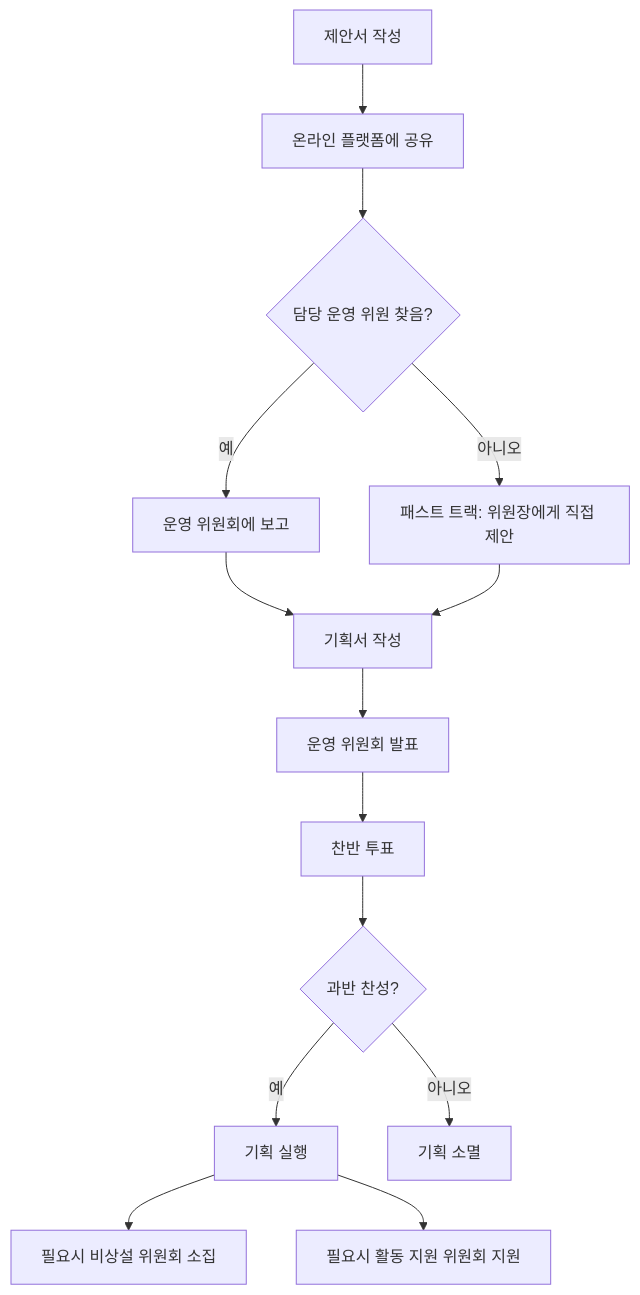
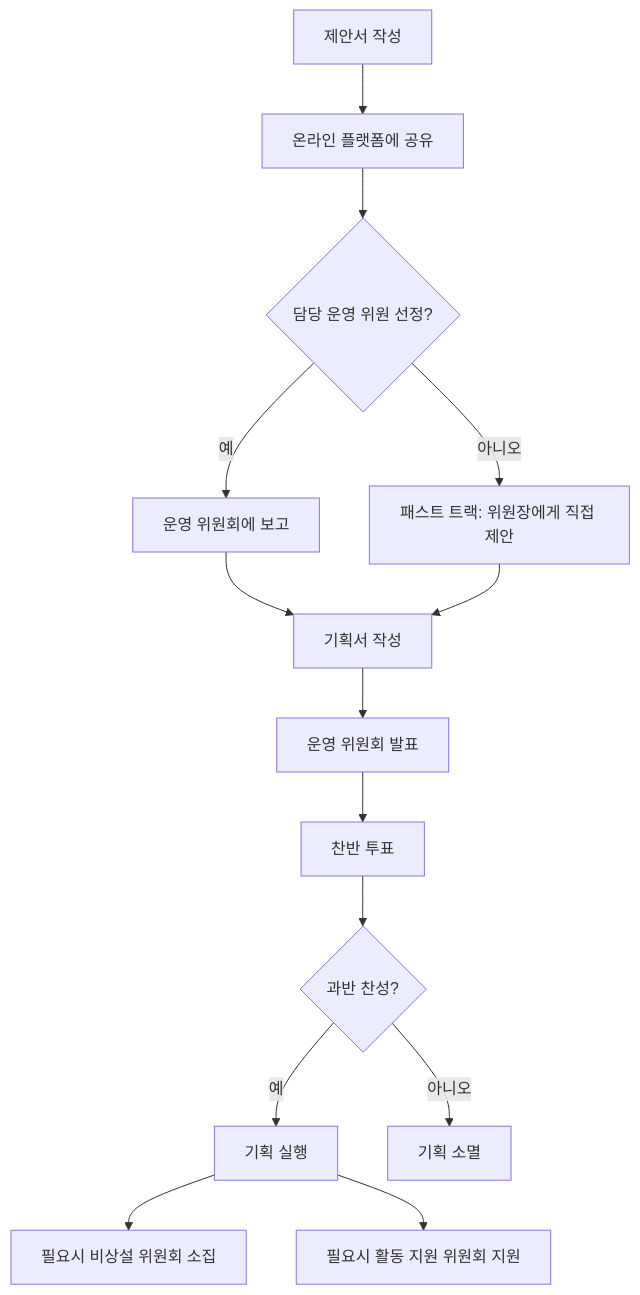
Before and after one commit to aeuveritas/minseone_rule: the second of 5 diagrams in rule_v1.md, drawn with Mermaid. The commit also changed other lines of this file and 1 other file, not shown here.

````diff
--- a/rule_v1.md
+++ b/rule_v1.md
@@ -230,16 +216,16 @@
 ```mermaid
 graph TD
 A[제안서 작성] --> B[온라인 플랫폼에 공유]
-B --> C{담당 운영 위원 찾음?}
+B --> C{담당 운영 위원 선정?}
 C -->|예| D[운영 위원회에 보고]
 C -->|아니오| E[패스트 트랙: 위원장에게 직접 제안]
 D --> F[기획서 작성]
 E --> F
 F --> G[운영 위원회 발표]
 G --> H[찬반 투표]
 H --> I{과반 찬성?}
 I -->|예| J[기획 실행]
 I -->|아니오| K[기획 소멸]
 J --> L[필요시 비상설 위원회 소집]
 J --> M[필요시 활동 지원 위원회 지원]
 ```
````
